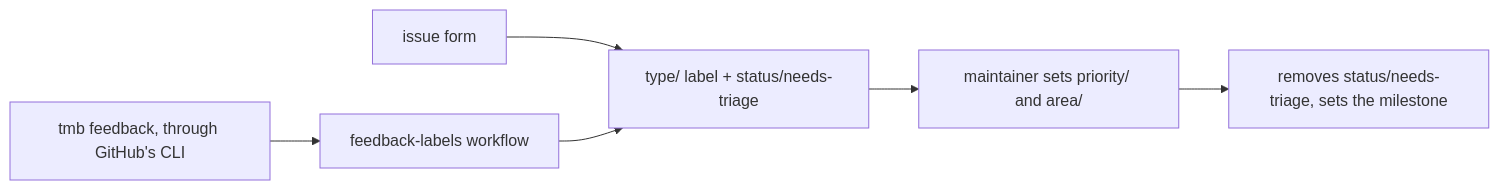
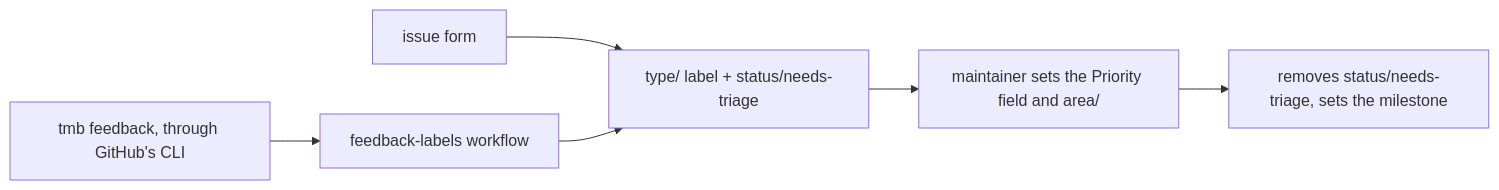
Before and after one commit to trustmybot/tmb: the diagram in docs/contributing/LABELS.md, drawn with Mermaid. The commit also changed other lines of this file and 2 other files, not shown here.

Commit message:
📝 docs(labels): priority is GitHub's Priority field, the priority labels are gone

````diff
--- a/docs/contributing/LABELS.md
+++ b/docs/contributing/LABELS.md
@@ -11,8 +11,8 @@
 ```mermaid
 flowchart LR
     F["issue form"] --> L["type/ label + status/needs-triage"]
     T["tmb feedback, through GitHub's CLI"] --> W["feedback-labels workflow"]
     W --> L
-    L --> M["maintainer sets priority/ and area/"]
+    L --> M["maintainer sets the Priority field and area/"]
     M --> D["removes status/needs-triage, sets the milestone"]
 ```
````
